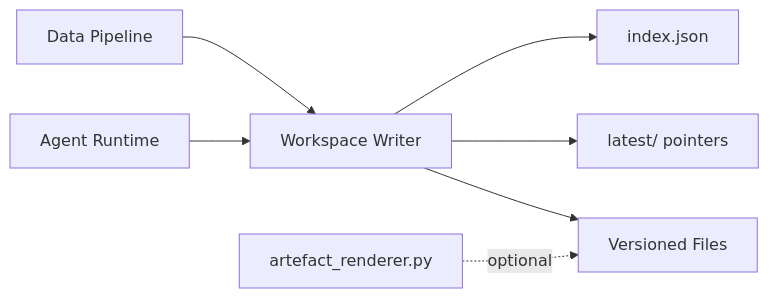
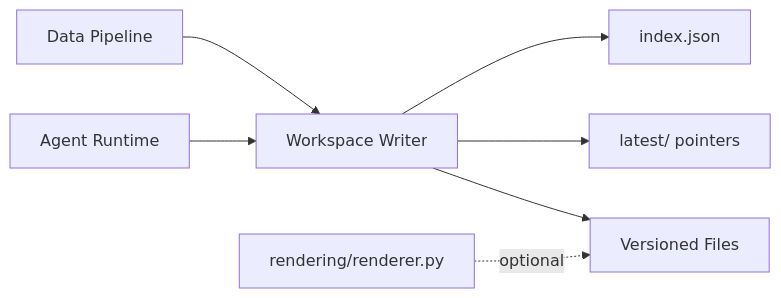
The third of 3 diagrams in doc/system_architecture.md (albauer-priv/RPS), drawn with Mermaid before and after one commit. The commit also changed other lines of this file and 21 other files, not shown here.

Commit message:
refactor: integrate artefact renderer

````diff
--- a/doc/system_architecture.md
+++ b/doc/system_architecture.md
@@ -347,9 +347,9 @@
 ```mermaid
 flowchart LR
   AG[Agent Runtime] --> WS[Workspace Writer]
   DP[Data Pipeline] --> WS
   WS --> VERS[Versioned Files]
   WS --> LATEST[latest/ pointers]
   WS --> IDX[index.json]
-  RENDER[artefact_renderer.py] -. optional .-> VERS
+  RENDER[rendering/renderer.py] -. optional .-> VERS
 ```
````
